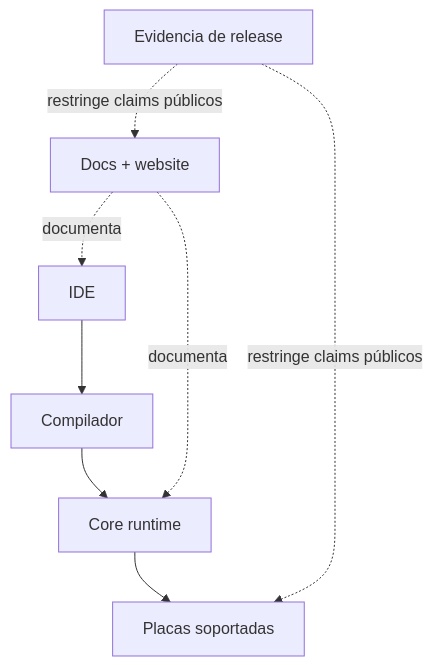
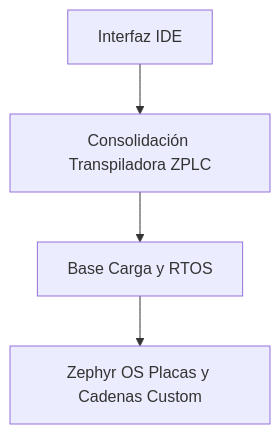
Before and after one commit to eduardojvieira/ZPLC: the diagram in docs/i18n/es/docusaurus-plugin-content-docs/current/platform-overview/index.md, drawn with Mermaid. The commit also changed other lines of this file and 55 other files, not shown here.

````diff
--- a/docs/i18n/es/docusaurus-plugin-content-docs/current/platform-overview/index.md
+++ b/docs/i18n/es/docusaurus-plugin-content-docs/current/platform-overview/index.md
@@ -20,17 +18,11 @@
 ```mermaid
 flowchart TB
-  Docs[Docs + website]
-  IDE[IDE]
-  Compiler[Compilador]
-  Runtime[Core runtime]
-  Boards[Placas soportadas]
-  Evidence[Evidencia de release]
+  IDE[Interfaz IDE]
+  Compiler[Consolidación Transpiladora ZPLC]
+  Runtime[Base Carga y RTOS]
+  Boards[Zephyr OS Placas y Cadenas Custom]
 
   IDE --> Compiler
   Compiler --> Runtime
   Runtime --> Boards
-  Docs -. documenta .-> IDE
-  Docs -. documenta .-> Runtime
-  Evidence -. restringe claims públicos .-> Docs
-  Evidence -. restringe claims públicos .-> Boards
 ```
````
